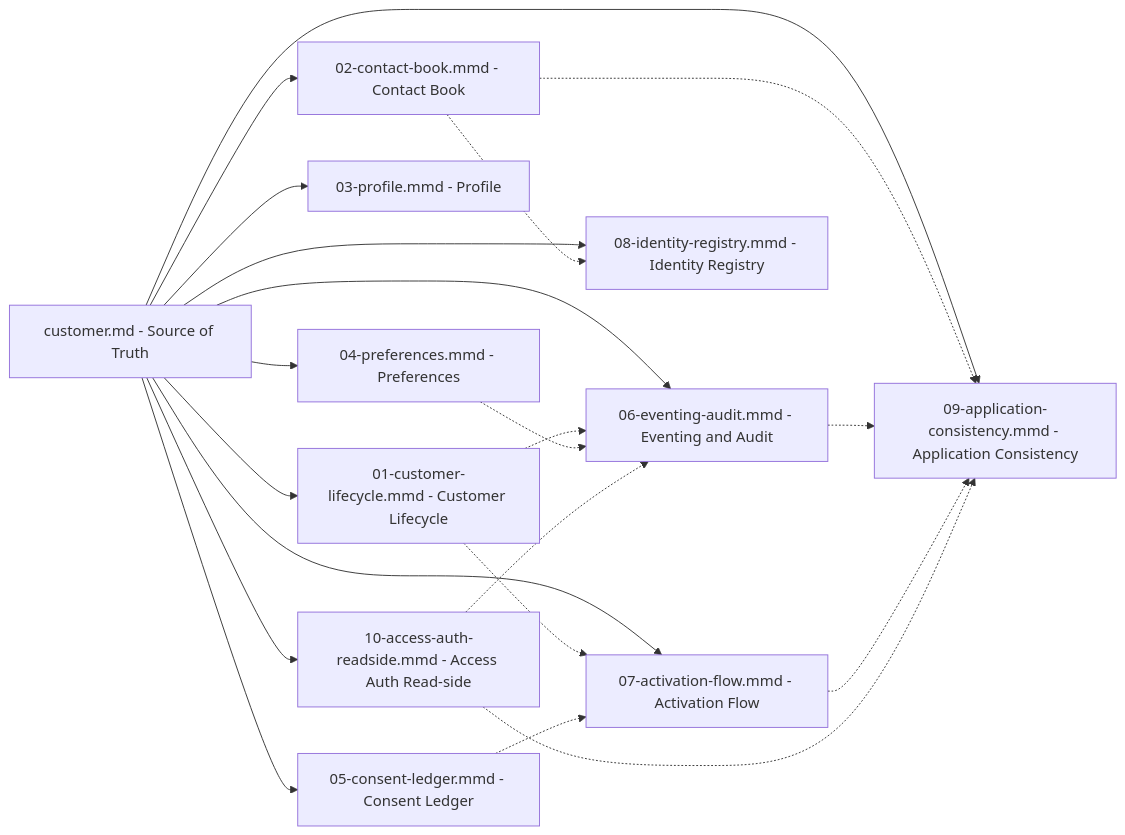
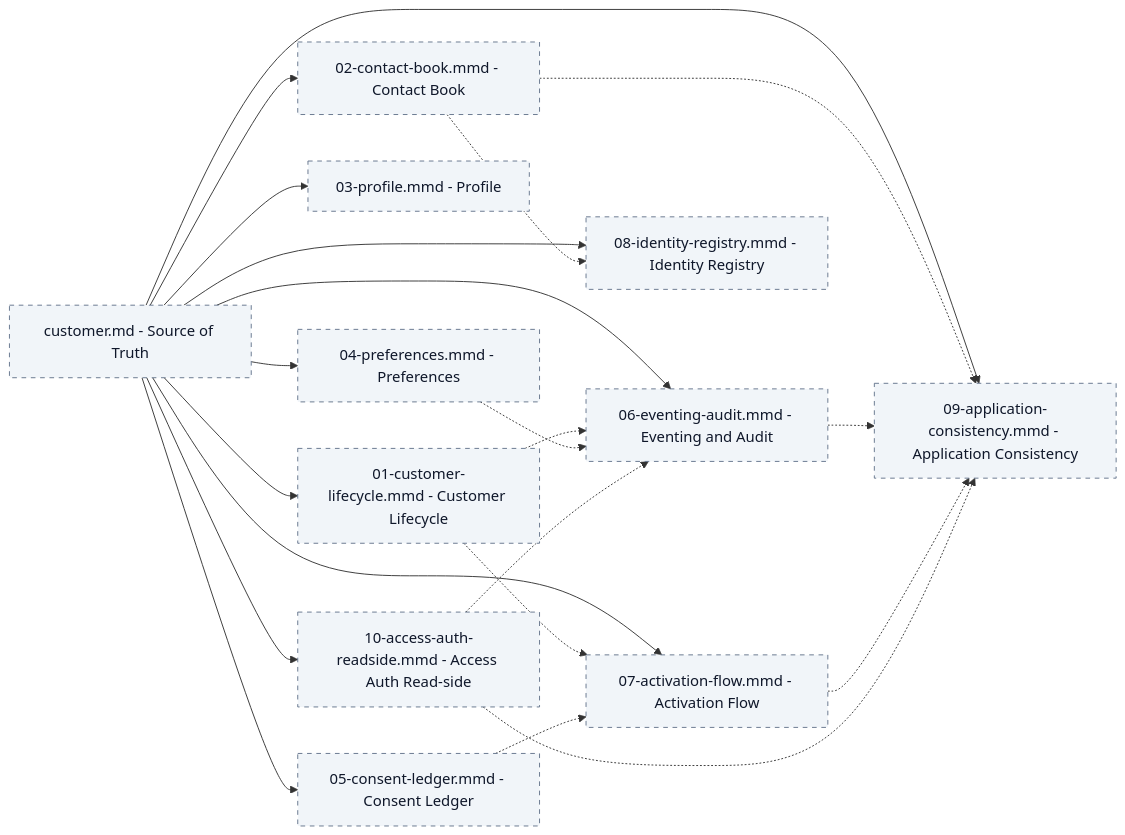
One commit to DeathRustZzZ/PitGO changed the diagram in docs/domain/customer/diagrams/00-overview.mmd. Above: the diagram before and after it, drawn with Mermaid. The commit also changed 18 other files, not shown here.

Commit message:
docs(customer): add style guide, refresh diagrams, add project docs

```diff
--- a/docs/domain/customer/diagrams/00-overview.mmd
+++ b/docs/domain/customer/diagrams/00-overview.mmd
@@ -1,40 +1,52 @@
 %% Customer Domain diagram split overview.
 %% Source of truth: ../customer.md
 %% Navigation overview only. Detailed model content remains in the split files
 %% and the original source schema.
 
 flowchart LR
     SOT["customer.md - Source of Truth"]
 
     D01["01-customer-lifecycle.mmd - Customer Lifecycle"]
     D02["02-contact-book.mmd - Contact Book"]
     D03["03-profile.mmd - Profile"]
     D04["04-preferences.mmd - Preferences"]
     D05["05-consent-ledger.mmd - Consent Ledger"]
     D06["06-eventing-audit.mmd - Eventing and Audit"]
     D07["07-activation-flow.mmd - Activation Flow"]
     D08["08-identity-registry.mmd - Identity Registry"]
     D09["09-application-consistency.mmd - Application Consistency"]
     D10["10-access-auth-readside.mmd - Access Auth Read-side"]
 
     SOT --> D01
     SOT --> D02
     SOT --> D03
     SOT --> D04
     SOT --> D05
     SOT --> D06
     SOT --> D07
     SOT --> D08
     SOT --> D09
     SOT --> D10
 
     D01 -.-> D06
     D01 -.-> D07
     D02 -.-> D08
     D02 -.-> D09
     D04 -.-> D06
     D05 -.-> D07
     D06 -.-> D09
     D07 -.-> D09
     D10 -.-> D06
     D10 -.-> D09
+
+    style D01 fill:#F1F5F9,stroke:#64748B,stroke-dasharray:5 5,color:#0F172A
+    style D02 fill:#F1F5F9,stroke:#64748B,stroke-dasharray:5 5,color:#0F172A
+    style D03 fill:#F1F5F9,stroke:#64748B,stroke-dasharray:5 5,color:#0F172A
+    style D04 fill:#F1F5F9,stroke:#64748B,stroke-dasharray:5 5,color:#0F172A
+    style D05 fill:#F1F5F9,stroke:#64748B,stroke-dasharray:5 5,color:#0F172A
+    style D06 fill:#F1F5F9,stroke:#64748B,stroke-dasharray:5 5,color:#0F172A
+    style D07 fill:#F1F5F9,stroke:#64748B,stroke-dasharray:5 5,color:#0F172A
+    style D08 fill:#F1F5F9,stroke:#64748B,stroke-dasharray:5 5,color:#0F172A
+    style D09 fill:#F1F5F9,stroke:#64748B,stroke-dasharray:5 5,color:#0F172A
+    style D10 fill:#F1F5F9,stroke:#64748B,stroke-dasharray:5 5,color:#0F172A
+    style SOT fill:#F1F5F9,stroke:#64748B,stroke-dasharray:5 5,color:#0F172A
```
